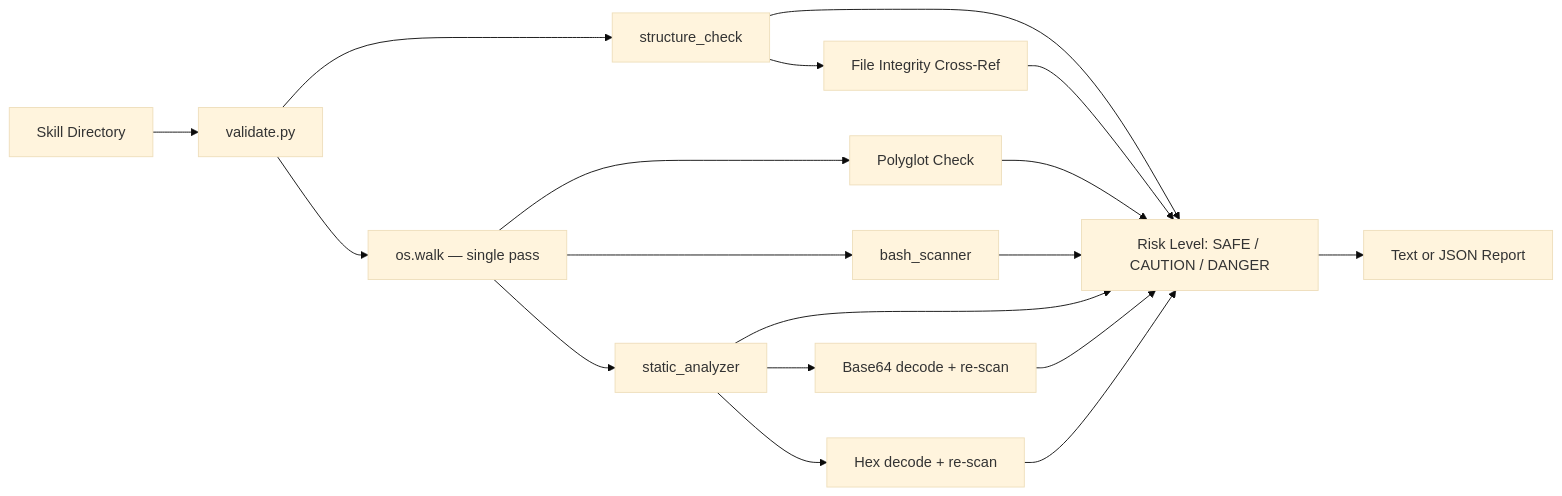
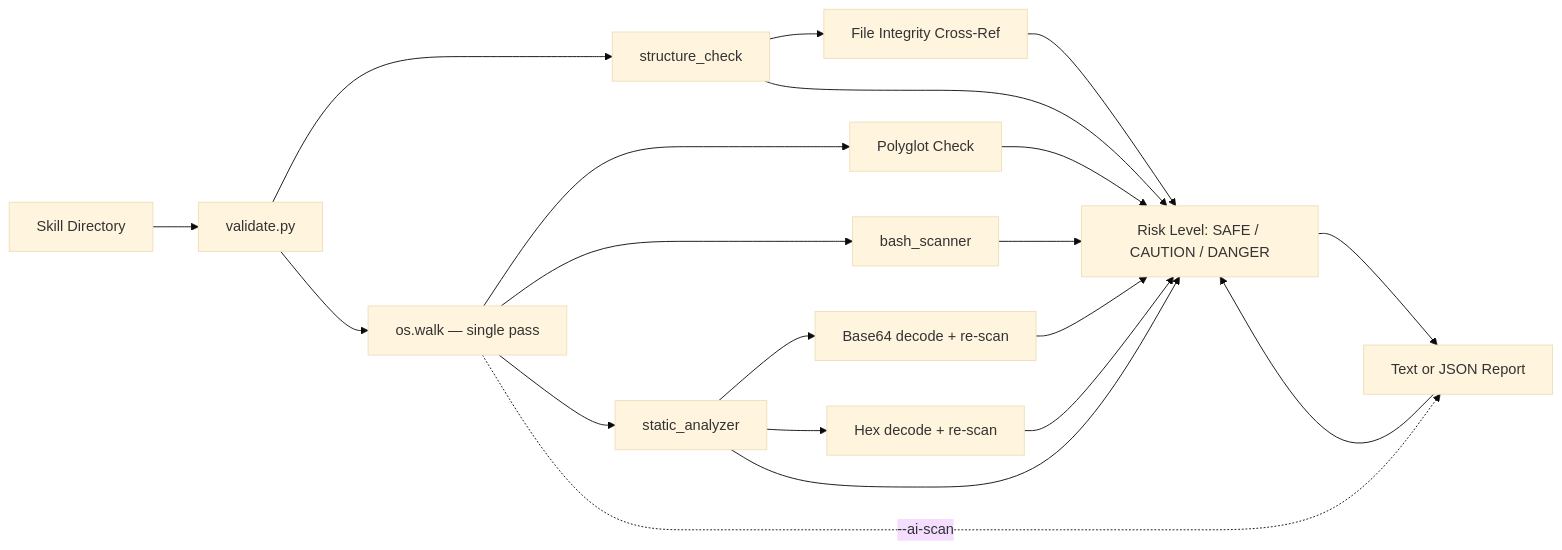
One commit to MatrixFounder/Universal-skills changed the diagram in docs/Manuals/skill-validator_manual.md. Above: the diagram before and after it, drawn with Mermaid (base theme). The commit also changed other lines of this file and 44 other files, not shown here.

````diff
--- a/docs/Manuals/skill-validator_manual.md
+++ b/docs/Manuals/skill-validator_manual.md
@@ -93,14 +110,16 @@
 ```mermaid
 graph LR
     A[Skill Directory] --> B[validate.py]
     B --> C[structure_check]
     C --> C2[File Integrity Cross-Ref]
     B --> D[os.walk — single pass]
     D --> D2[Polyglot Check]
     D --> E[bash_scanner]
     D --> F[static_analyzer]
+    D -.->|--ai-scan| I[ai_scanner]
+    I --> H
     F --> G[Base64 decode + re-scan]
     F --> G2[Hex decode + re-scan]
     C & C2 & D2 & E & F & G & G2 --> H[Risk Level: SAFE / CAUTION / DANGER]
     H --> I[Text or JSON Report]
 ```
````
